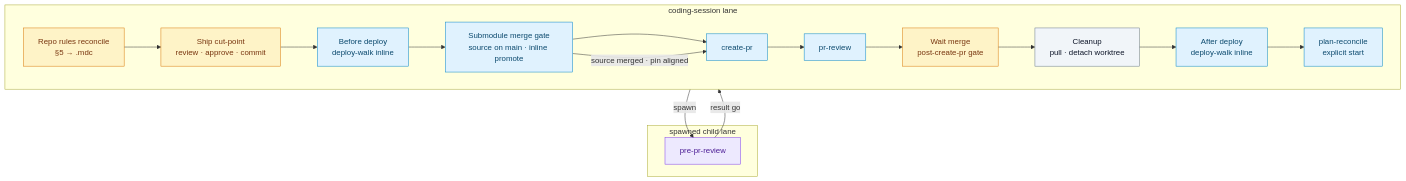
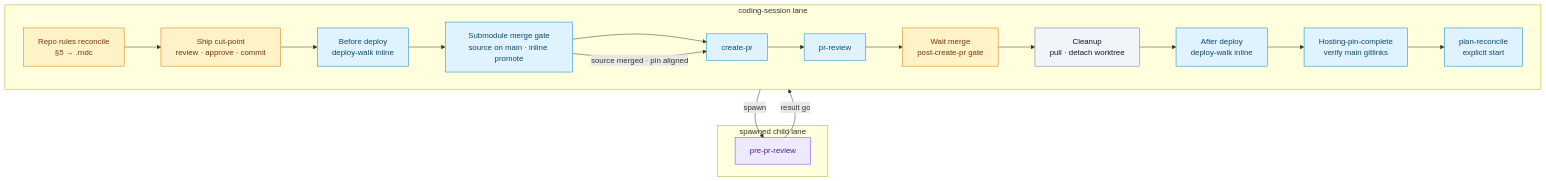
The diagram in missions/plan-and-deliver/docs/coding-session-ship-chain.md (sedea-ai/research-and-development), drawn with Mermaid before and after one commit. The commit also changed other lines of this file and 6 other files, not shown here.

Commit message:
fix(ship-chain): require hosting-pin-complete before prShipComplete (#275)

````diff
--- a/missions/plan-and-deliver/docs/coding-session-ship-chain.md
+++ b/missions/plan-and-deliver/docs/coding-session-ship-chain.md
@@ -40,31 +40,32 @@
 ```mermaid
 flowchart TB
   classDef inline fill:#e0f2fe,stroke:#0284c7,color:#0c4a6e
   classDef spawn fill:#ede9fe,stroke:#7c3aed,color:#4c1d95
   classDef gate fill:#fef3c7,stroke:#d97706,color:#78350f
   classDef proc fill:#f1f5f9,stroke:#64748b,color:#0f172a
 
   subgraph CS["coding-session lane"]
     direction LR
     RRC["Repo rules reconcile<br/>§5 → .mdc"]:::gate
     CUT["Ship cut-point<br/>review · approve · commit"]:::gate
     BDW["Before deploy<br/>deploy-walk inline"]:::inline
     SMG["Submodule merge gate<br/>source on main · inline promote"]:::inline
     CPR["create-pr"]:::inline
     PRV["pr-review"]:::inline
     WAIT["Wait merge<br/>post-create-pr gate"]:::gate
     PMC["Cleanup<br/>pull · detach worktree"]:::proc
+    PIN["Hosting-pin-complete<br/>verify main gitlinks"]:::inline
     ADW["After deploy<br/>deploy-walk inline"]:::inline
     REC["plan-reconcile<br/>explicit start"]:::inline
     RRC --> CUT --> BDW --> SMG --> CPR
-    CPR --> PRV --> WAIT --> PMC --> ADW --> REC
+    CPR --> PRV --> WAIT --> PMC --> ADW --> PIN --> REC
   end
 
   subgraph CHILD["spawned child lane"]
     PPR["pre-pr-review"]:::spawn
   end
 
   BDW -->|spawn| PPR
   PPR -->|result go| SMG
   SMG -->|source merged · pin aligned| CPR
 ```
````
